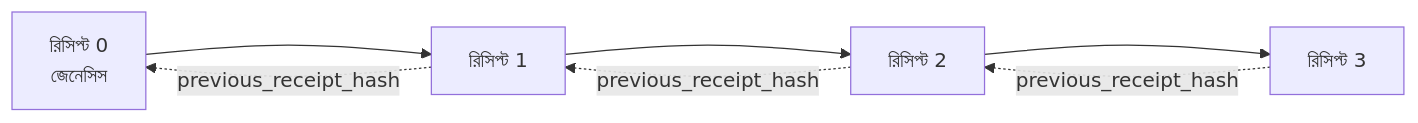
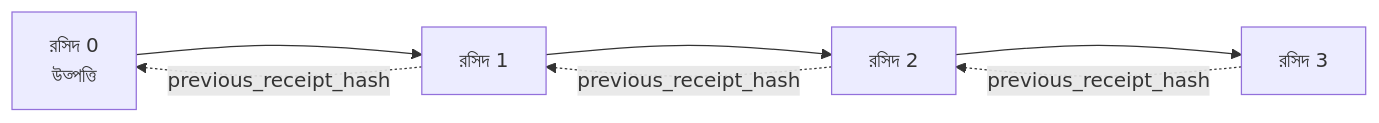
The second of 2 diagrams in mirrors/repos/microsoft@ai-agents-for-beginners/translations/bn/18-securing-ai-agents/README.md (gabrielmoreira/agent-skills-mirror), drawn with Mermaid before and after one commit. The commit also changed other lines of this file and 2285 other files, not shown here.

````diff
--- a/mirrors/repos/microsoft@ai-agents-for-beginners/translations/bn/18-securing-ai-agents/README.md
+++ b/mirrors/repos/microsoft@ai-agents-for-beginners/translations/bn/18-securing-ai-agents/README.md
@@ -206,9 +206,9 @@
 ```mermaid
 flowchart LR
-    R0[রিসিপ্ট 0<br/>জেনেসিস] --> R1[রিসিপ্ট 1]
-    R1 --> R2[রিসিপ্ট 2]
-    R2 --> R3[রিসিপ্ট 3]
+    R0[রসিদ 0<br/>উত্পত্তি] --> R1[রসিদ 1]
+    R1 --> R2[রসিদ 2]
+    R2 --> R3[রসিদ 3]
     R1 -. previous_receipt_hash .-> R0
     R2 -. previous_receipt_hash .-> R1
     R3 -. previous_receipt_hash .-> R2
 ```
````
